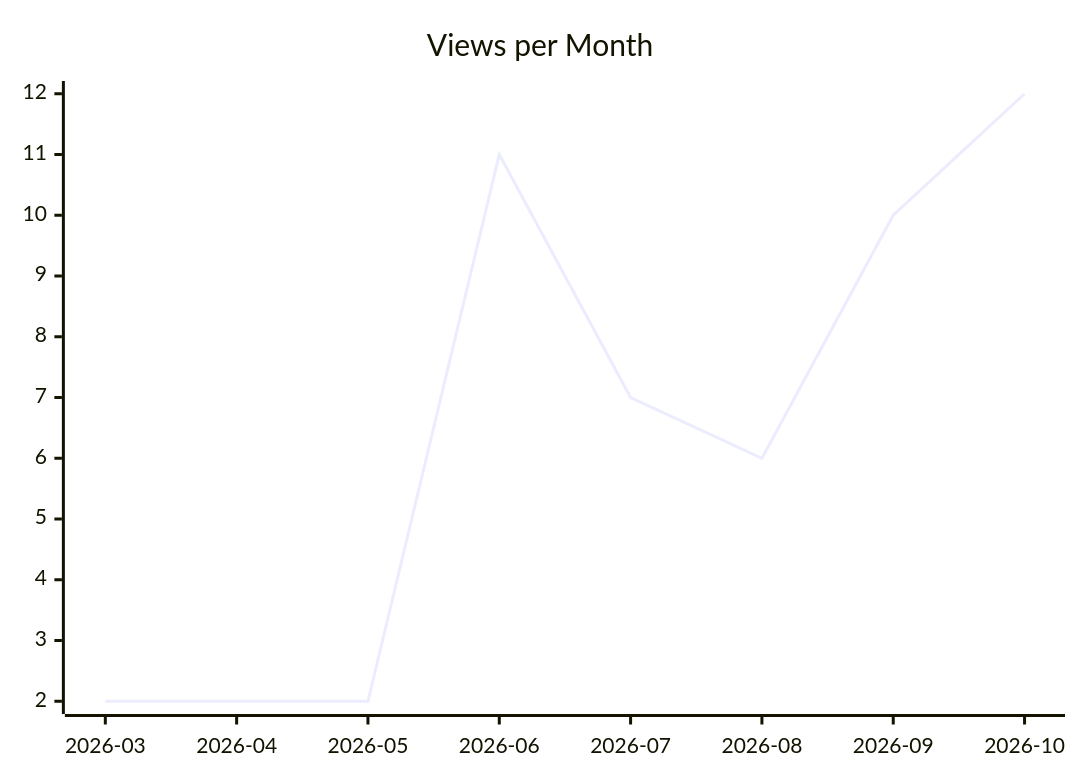
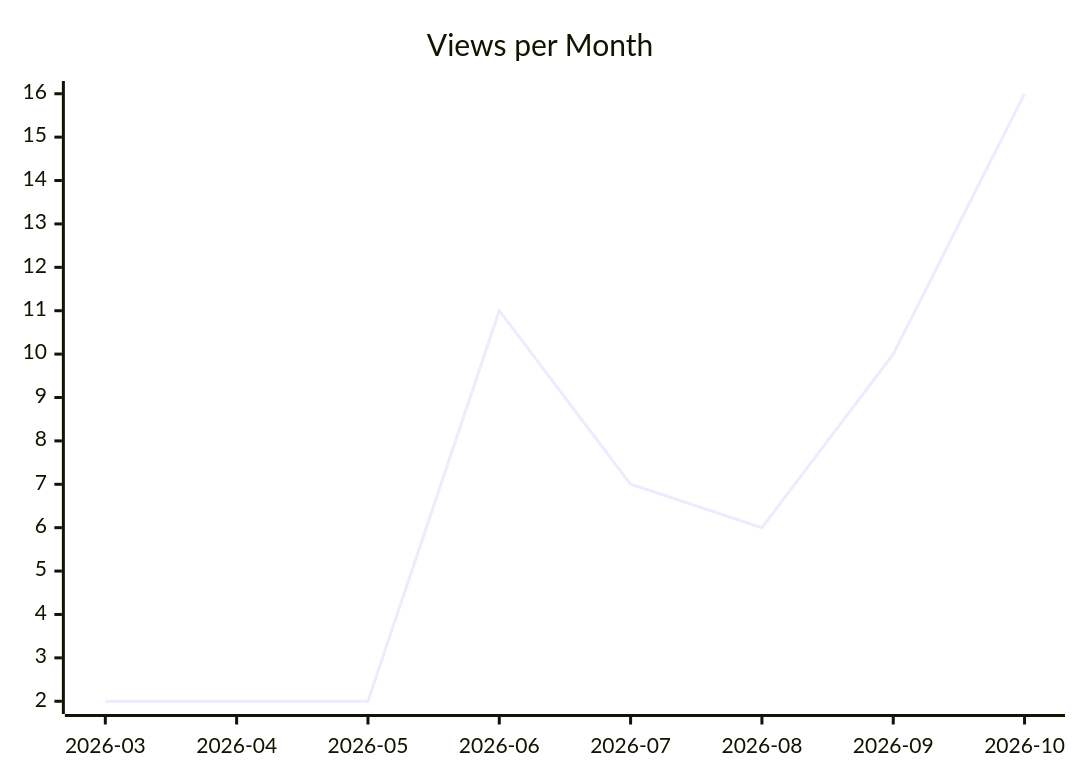
Before and after one commit to justdavis-family/github-analytics-data: the second of 3 diagrams in karlmdavis/ansible-role-jenkins2/README.md, drawn with Mermaid. The commit also changed other lines of this file and 202 other files, not shown here.

````diff
--- a/karlmdavis/ansible-role-jenkins2/README.md
+++ b/karlmdavis/ansible-role-jenkins2/README.md
@@ -12,6 +12,6 @@
 ```mermaid
 xychart-beta
   title "Views per Month"
   x-axis ["2026-03", "2026-04", "2026-05", "2026-06", "2026-07", "2026-08", "2026-09", "2026-10"]
-  line [2, 2, 2, 11, 7, 6, 10, 12]
+  line [2, 2, 2, 11, 7, 6, 10, 16]
 ```
````
